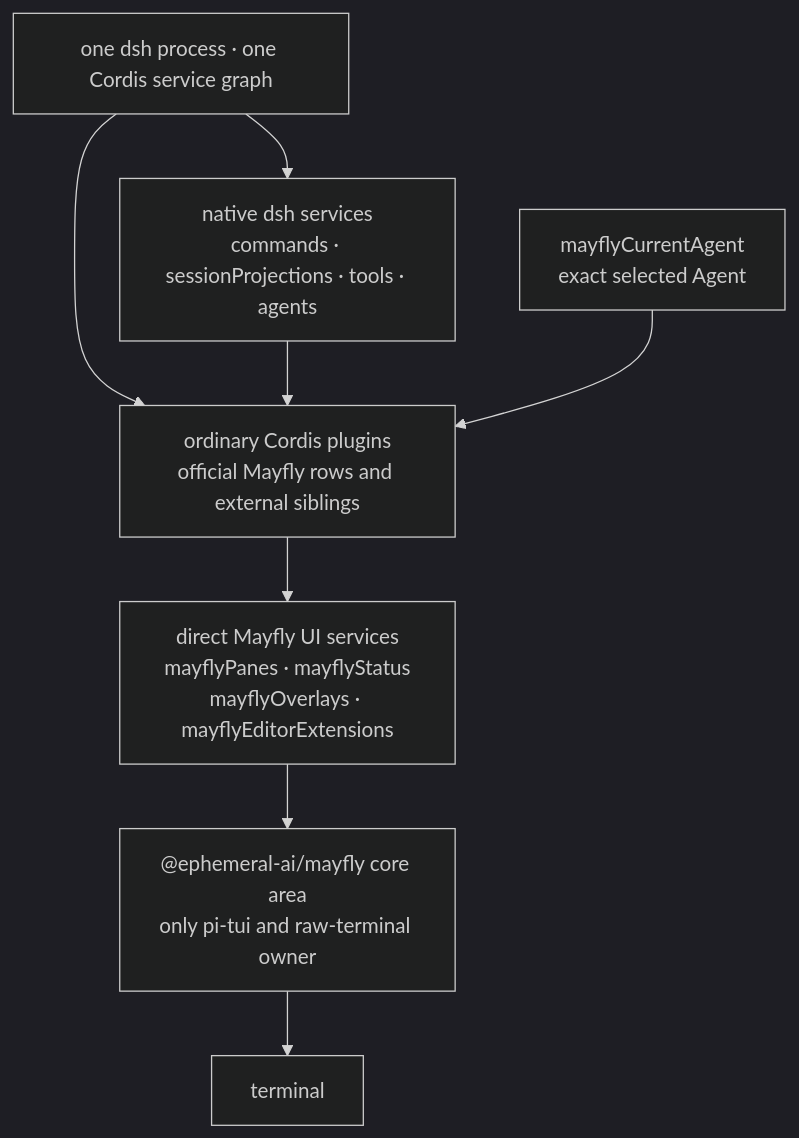
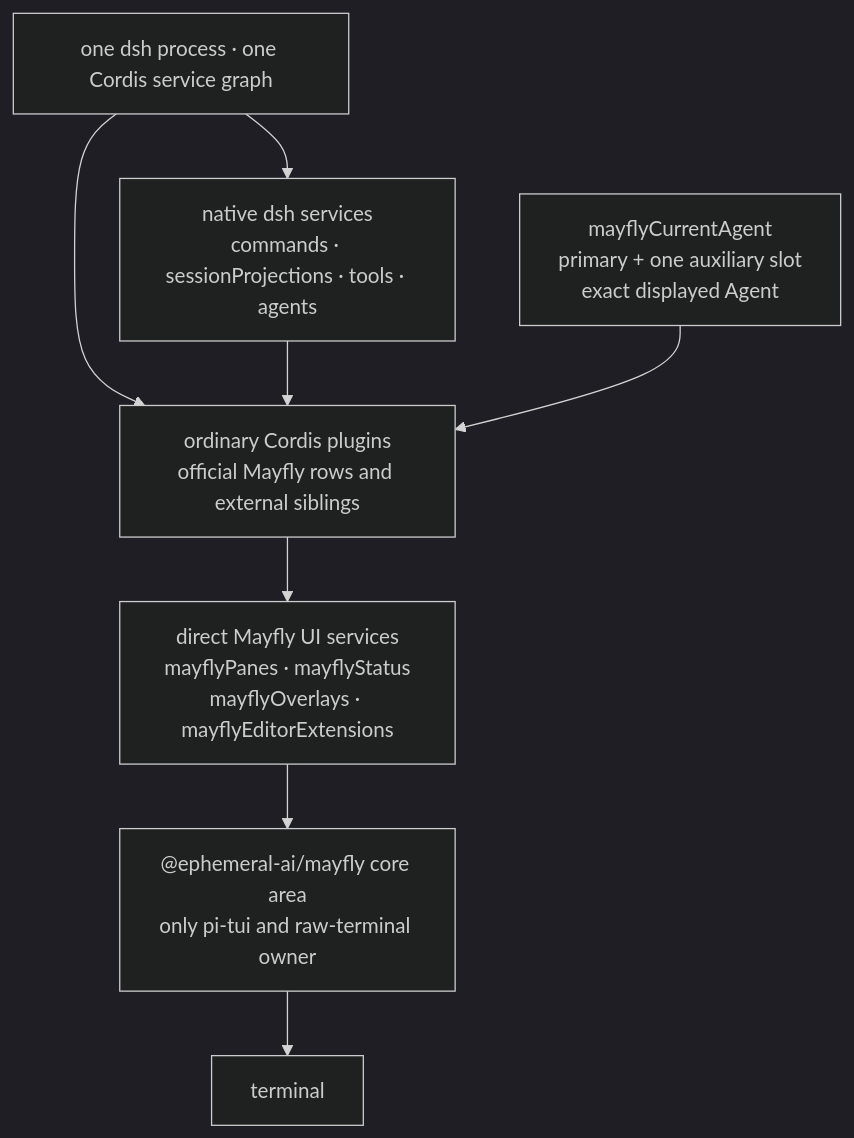
The diagram in README.md (Ephemeral-AI-Lab/mayfly), drawn with Mermaid (dark theme) before and after one commit. The commit also changed other lines of this file and 82 other files, not shown here.

````diff
--- a/README.md
+++ b/README.md
@@ -114,18 +120,18 @@
 ```mermaid
 flowchart TB
     ROOT["one dsh process · one Cordis service graph"]
     DSH["native dsh services<br/>commands · sessionProjections · tools · agents"]
     PLUGIN["ordinary Cordis plugins<br/>official Mayfly rows and external siblings"]
-    AGENT["mayflyCurrentAgent<br/>exact selected Agent"]
+    AGENT["mayflyCurrentAgent<br/>primary + one auxiliary slot<br/>exact displayed Agent"]
     UI["direct Mayfly UI services<br/>mayflyPanes · mayflyStatus<br/>mayflyOverlays · mayflyEditorExtensions"]
     CORE["@ephemeral-ai/mayfly core area<br/>only pi-tui and raw-terminal owner"]
     TERM["terminal"]
 
     ROOT --> DSH
     ROOT --> PLUGIN
     DSH --> PLUGIN
     AGENT --> PLUGIN
     PLUGIN --> UI
     UI --> CORE
     CORE --> TERM
 ```
````
